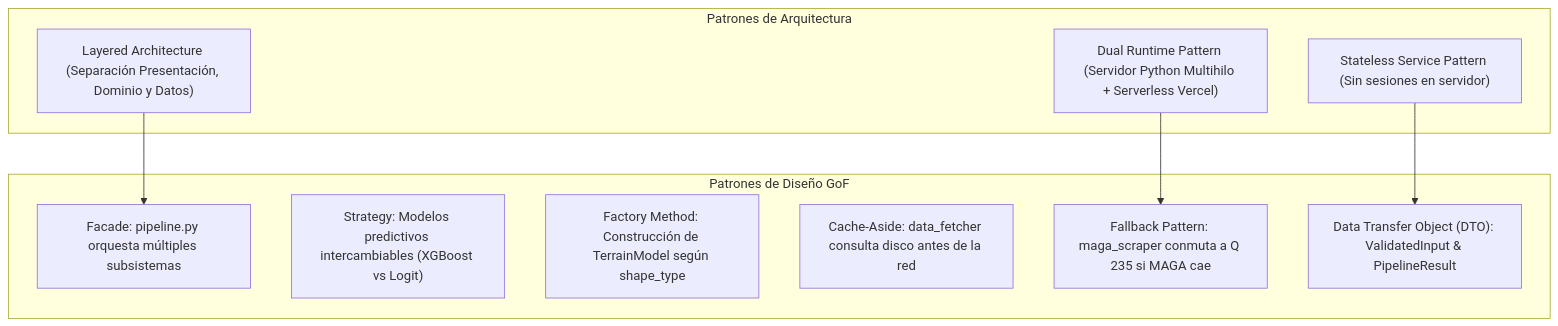
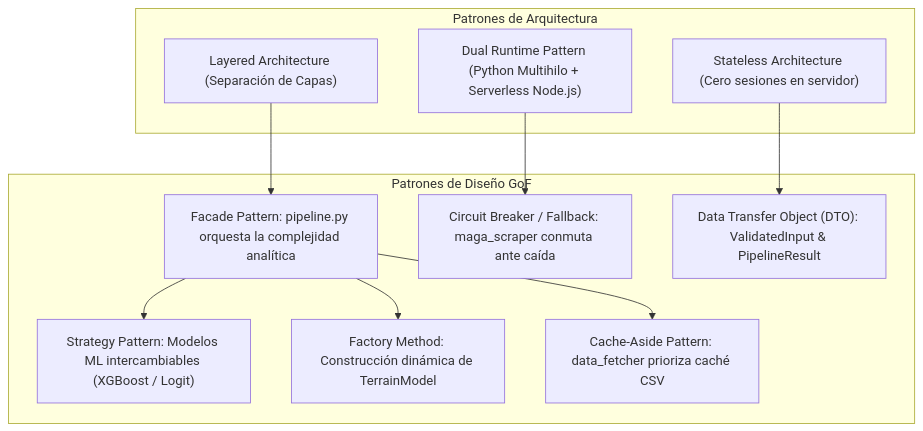
The eighth of 8 diagrams in ARQUITECTURA_Y_DISENO_SISTEMA.md (GimenaMP/analizador), drawn with Mermaid before and after one commit. The commit also changed other lines of this file, not shown here.

Commit message:
docs: compilar seccion 1 de Instrumentos Utilizados y Diseno del Sistema con estructura formal 1.1 a 1.12

````diff
--- a/ARQUITECTURA_Y_DISENO_SISTEMA.md
+++ b/ARQUITECTURA_Y_DISENO_SISTEMA.md
@@ -551,21 +629,24 @@
 ```mermaid
 flowchart TD
-    subgraph PatronesArquitectura["Patrones de Arquitectura"]
-        Layered["Layered Architecture (Separación Presentación, Dominio y Datos)"]
-        DualRuntime["Dual Runtime Pattern (Servidor Python Multihilo + Serverless Vercel)"]
-        Stateless["Stateless Service Pattern (Sin sesiones en servidor)"]
+    subgraph PatronesArquitectonicos["Patrones de Arquitectura"]
+        Layered["Layered Architecture (Separación de Capas)"]
+        DualRuntime["Dual Runtime Pattern (Python Multihilo + Serverless Node.js)"]
+        Stateless["Stateless Architecture (Cero sesiones en servidor)"]
     end
 
-    subgraph PatronesDiseno["Patrones de Diseño GoF"]
-        Facade["Facade: pipeline.py orquesta múltiples subsistemas"]
-        Strategy["Strategy: Modelos predictivos intercambiables (XGBoost vs Logit)"]
-        Factory["Factory Method: Construcción de TerrainModel según shape_type"]
-        CacheAside["Cache-Aside: data_fetcher consulta disco antes de la red"]
-        Fallback["Fallback Pattern: maga_scraper conmuta a Q 235 si MAGA cae"]
-        DataTransfer["Data Transfer Object (DTO): ValidatedInput & PipelineResult"]
+    subgraph PatronesDisenoGoF["Patrones de Diseño GoF"]
+        Facade["Facade Pattern: pipeline.py orquesta la complejidad analítica"]
+        Strategy["Strategy Pattern: Modelos ML intercambiables (XGBoost / Logit)"]
+        Factory["Factory Method: Construcción dinámica de TerrainModel"]
+        CacheAside["Cache-Aside Pattern: data_fetcher prioriza caché CSV"]
+        CircuitBreaker["Circuit Breaker / Fallback: maga_scraper conmuta ante caída"]
+        DTO["Data Transfer Object (DTO): ValidatedInput & PipelineResult"]
     end
 
     Layered --> Facade
-    DualRuntime --> Fallback
-    Stateless --> DataTransfer
+    DualRuntime --> CircuitBreaker
+    Stateless --> DTO
+    Facade --> Strategy
+    Facade --> Factory
+    Facade --> CacheAside
 ```
````
